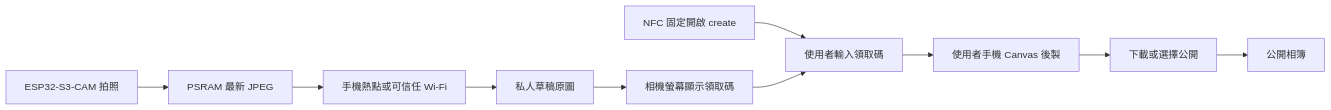
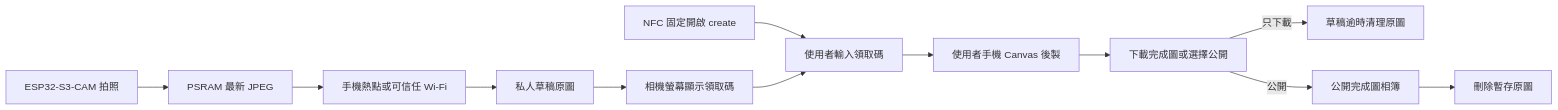
The diagram in docs/START_HERE.md (fengyenchia/tiger-camera), drawn with Mermaid before and after one commit. The commit also changed other lines of this file and 67 other files, not shown here.

````diff
--- a/docs/START_HERE.md
+++ b/docs/START_HERE.md
@@ -11,12 +11,14 @@
 ```mermaid
 flowchart LR
-    A[ESP32-S3-CAM 拍照] --> B[PSRAM 最新 JPEG]
-    B --> C[手機熱點或可信任 Wi-Fi]
-    C --> D[私人草稿原圖]
-    D --> E[相機螢幕顯示領取碼]
-    F[NFC 固定開啟 create] --> G[使用者輸入領取碼]
+    A["ESP32-S3-CAM 拍照"] --> B["PSRAM 最新 JPEG"]
+    B --> C["手機熱點或可信任 Wi-Fi"]
+    C --> D["私人草稿原圖"]
+    D --> E["相機螢幕顯示領取碼"]
+    F["NFC 固定開啟 create"] --> G["使用者輸入領取碼"]
     E --> G
-    G --> H[使用者手機 Canvas 後製]
-    H --> I[下載或選擇公開]
-    I --> J[公開相簿]
+    G --> H["使用者手機 Canvas 後製"]
+    H --> I["下載完成圖或選擇公開"]
+    I -->|只下載| K["草稿逾時清理原圖"]
+    I -->|公開| J["公開完成圖相簿"]
+    J --> L["刪除暫存原圖"]
 ```
````
